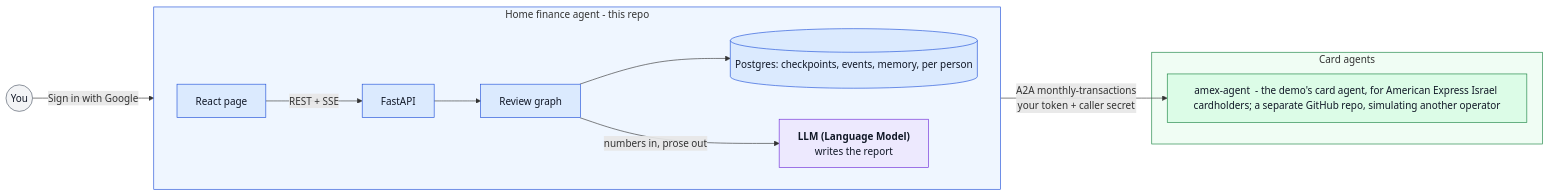
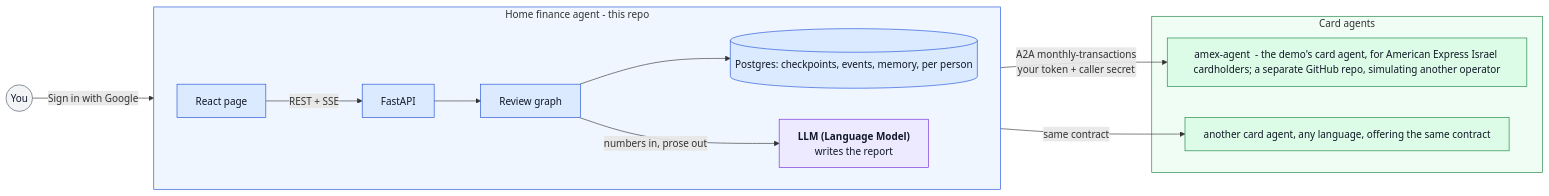
Before and after one commit to erancha/home-finance-agent: the diagram in README.md, drawn with Mermaid. The commit also changed other lines of this file and 2 other files, not shown here.

First line of the commit message:
Describe amex-agent as the demo's card agent rather than the only one the design allows

````diff
--- a/README.md
+++ b/README.md
@@ -24,26 +25,29 @@
 ```mermaid
 %%{init: {"flowchart": {"wrappingWidth": 520}}}%%
 flowchart LR
   U((You)) -->|Sign in with Google| P
   subgraph HFA[Home finance agent  - this repo]
     direction LR
     P[React page] -->|REST + SSE| M[FastAPI]
     M --> G[Review graph]
     G --> DB[(Postgres: checkpoints, events, memory, per person)]
     G -->|numbers in, prose out| L["<b>LLM (Language Model)</b><br/>writes the report"]
   end
   subgraph CARDS[Card agents]
     A["amex-agent  - the demo's card agent, for American Express Israel cardholders; a separate GitHub repo, simulating another operator"]
+    B["another card agent, any language, offering the same contract"]
   end
   G -->|A2A monthly-transactions<br/>your token + caller secret| A
+  G -->|same contract| B
   classDef user fill:#f3f4f6,stroke:#4b5563,color:#111827
   classDef hfa fill:#dbeafe,stroke:#1d4ed8,color:#111827
   classDef amx fill:#dcfce7,stroke:#15803d,color:#111827
   classDef llm fill:#ede9fe,stroke:#6d28d9,color:#111827
   class U user
   class P,M,G,DB hfa
   class L llm
   class A amx
+  class B amx
   style HFA fill:#eff6ff,stroke:#1d4ed8
   style CARDS fill:#f0fdf4,stroke:#15803d
 ```
````
